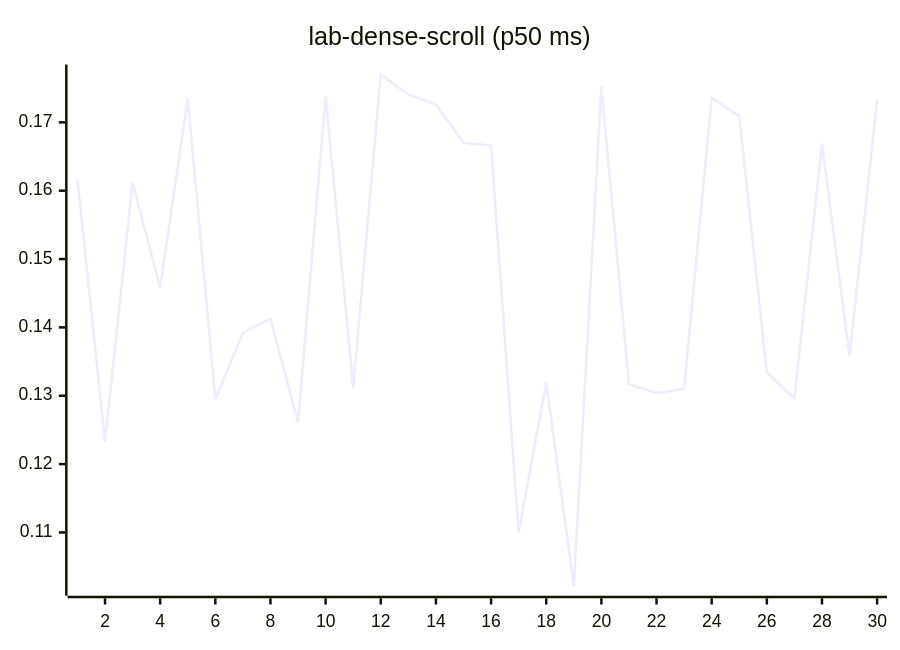
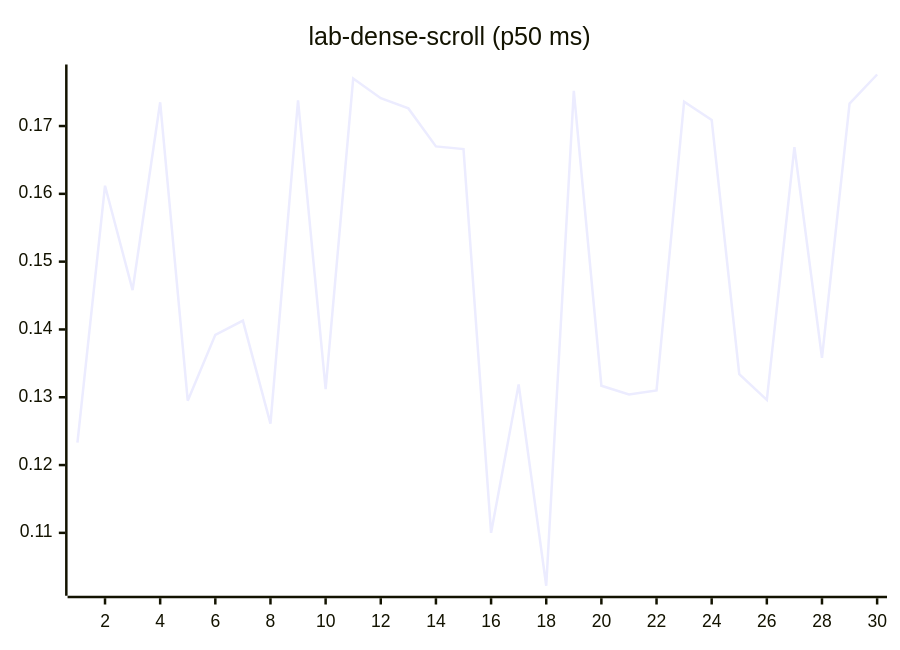
Diagram 12 of 27 in README.md (josha/Facet), drawn with Mermaid before and after one commit. The commit also changed other lines of this file and 2 other files, not shown here.

````diff
--- a/README.md
+++ b/README.md
@@ -140,6 +140,6 @@
 ```mermaid
 xychart-beta
     title "lab-dense-scroll (p50 ms)"
     x-axis 1 --> 30
-    line [0.1617, 0.1233, 0.1612, 0.1458, 0.1735, 0.1295, 0.1392, 0.1413, 0.1261, 0.1738, 0.1312, 0.1770, 0.1741, 0.1726, 0.1670, 0.1666, 0.1100, 0.1319, 0.1022, 0.1752, 0.1317, 0.1304, 0.1310, 0.1736, 0.1709, 0.1334, 0.1296, 0.1669, 0.1358, 0.1733]
+    line [0.1233, 0.1612, 0.1458, 0.1735, 0.1295, 0.1392, 0.1413, 0.1261, 0.1738, 0.1312, 0.1770, 0.1741, 0.1726, 0.1670, 0.1666, 0.1100, 0.1319, 0.1022, 0.1752, 0.1317, 0.1304, 0.1310, 0.1736, 0.1709, 0.1334, 0.1296, 0.1669, 0.1358, 0.1733, 0.1776]
 ```
````
